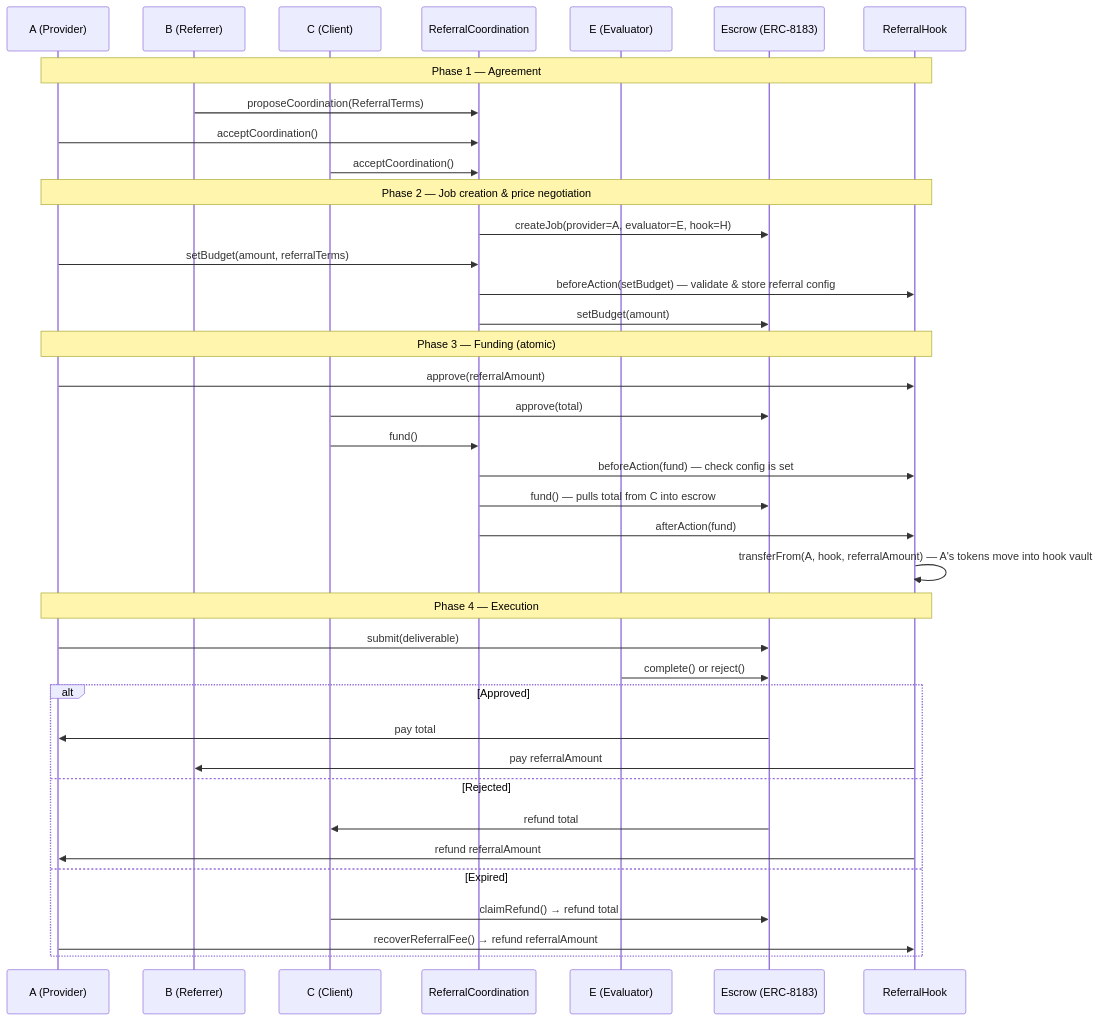
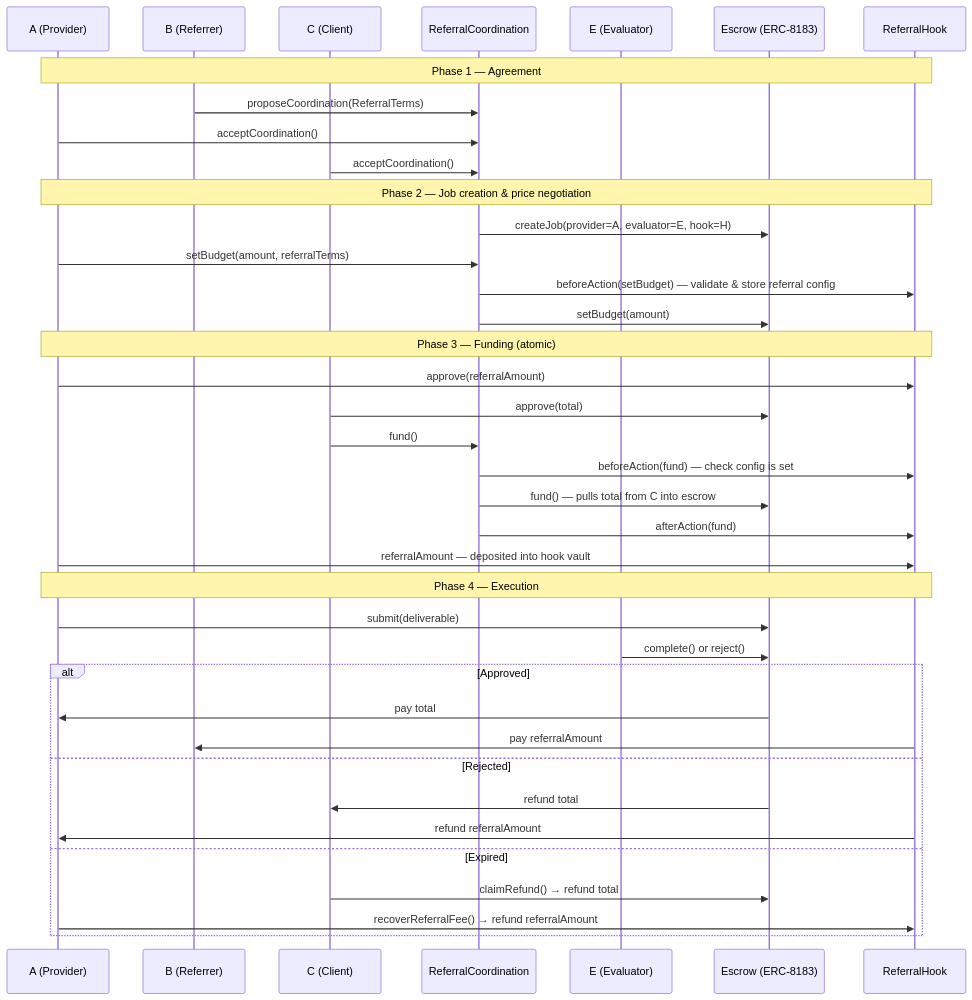
Before and after one commit to luca-nik/a2a-referral-erc: the diagram in README.md, drawn with Mermaid.

Commit message:
Simplify diagram: show referralAmount deposit as A->H

````diff
--- a/README.md
+++ b/README.md
@@ -57,49 +57,49 @@
 ```mermaid
 sequenceDiagram
     participant A as A (Provider)
     participant B as B (Referrer)
     participant C as C (Client)
     participant RC as ReferralCoordination
     participant E as E (Evaluator)
     participant ESC as Escrow (ERC-8183)
     participant H as ReferralHook
 
     note over A,H: Phase 1 — Agreement
 
     B->>RC: proposeCoordination(ReferralTerms)
     A->>RC: acceptCoordination()
     C->>RC: acceptCoordination()
 
     note over A,H: Phase 2 — Job creation & price negotiation
 
     RC->>ESC: createJob(provider=A, evaluator=E, hook=H)
     A->>RC: setBudget(amount, referralTerms)
     RC->>H: beforeAction(setBudget) — validate & store referral config
     RC->>ESC: setBudget(amount)
 
     note over A,H: Phase 3 — Funding (atomic)
 
     A->>H: approve(referralAmount)
     C->>ESC: approve(total)
     C->>RC: fund()
     RC->>H: beforeAction(fund) — check config is set
     RC->>ESC: fund() — pulls total from C into escrow
     RC->>H: afterAction(fund)
-    H->>H: transferFrom(A, hook, referralAmount) — A's tokens move into hook vault
+    A->>H: referralAmount — deposited into hook vault
 
     note over A,H: Phase 4 — Execution
 
     A->>ESC: submit(deliverable)
     E->>ESC: complete() or reject()
 
     alt Approved
         ESC->>A: pay total
         H->>B: pay referralAmount
     else Rejected
         ESC->>C: refund total
         H->>A: refund referralAmount
     else Expired
         C->>ESC: claimRefund() → refund total
         A->>H: recoverReferralFee() → refund referralAmount
     end
 ```
````
